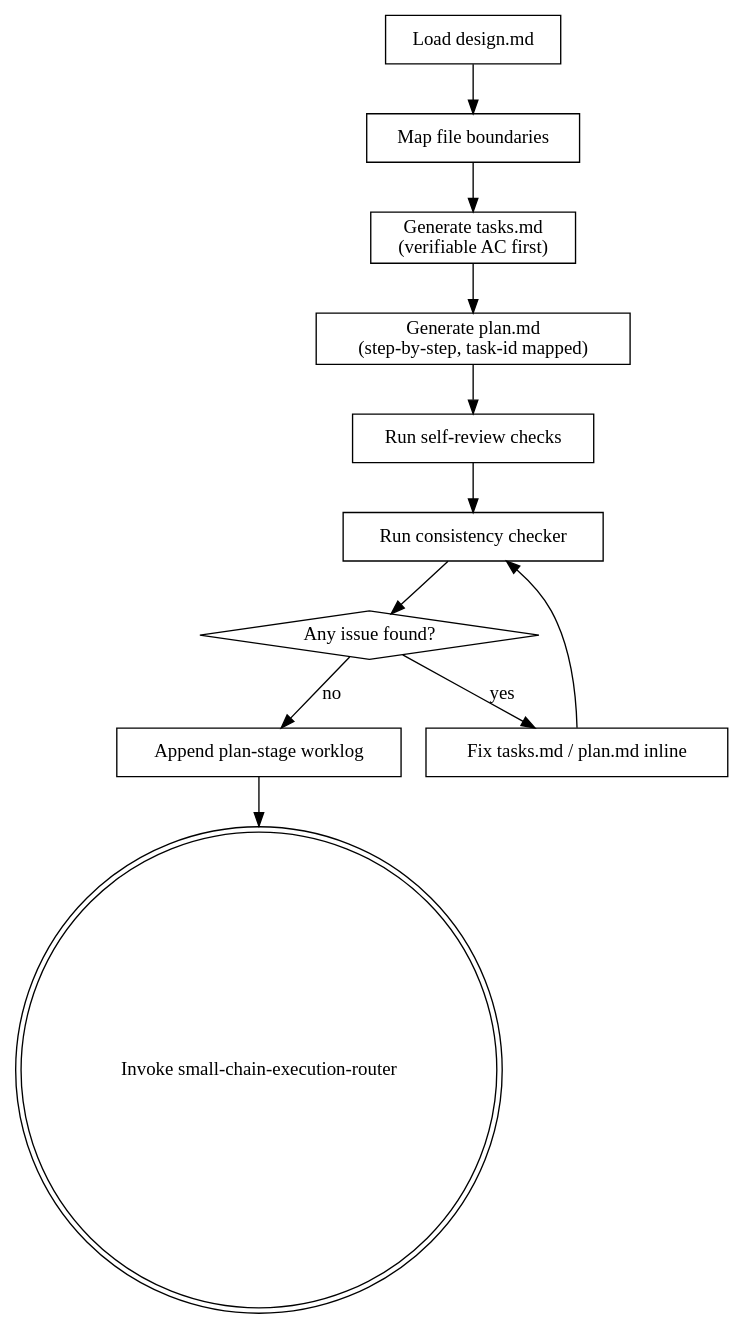
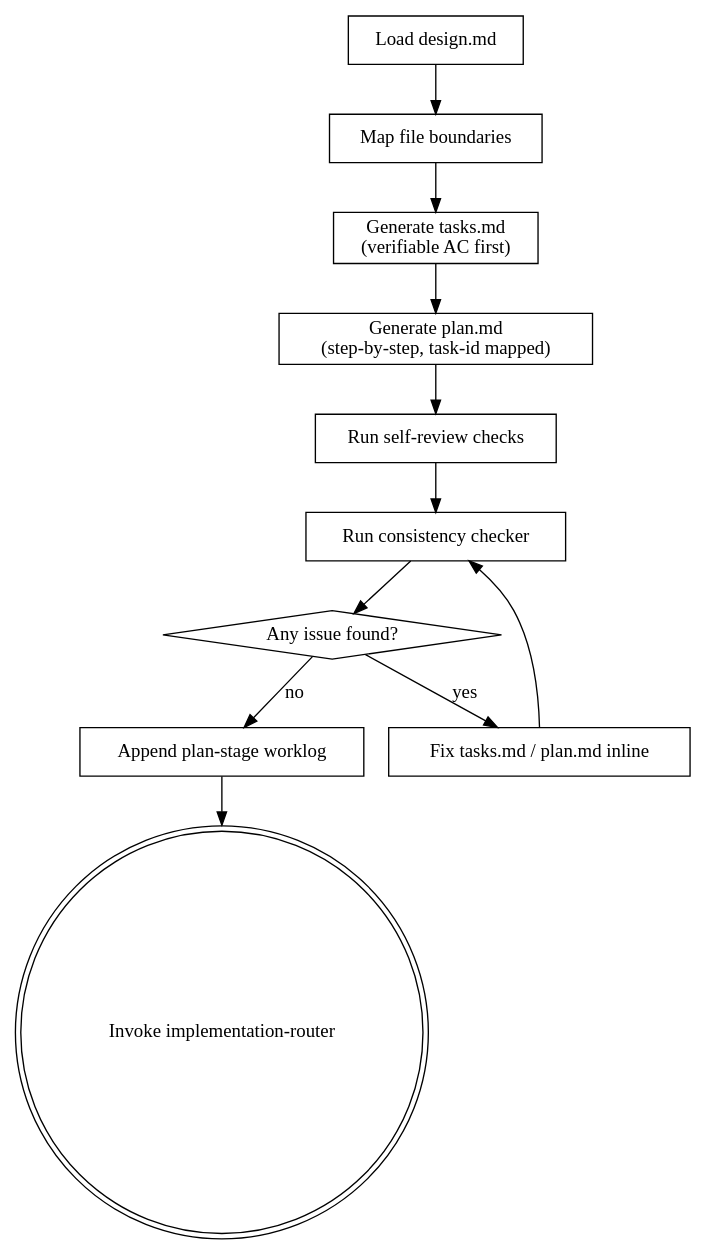
The diagram in community/superpowers/skills/writing-plans/SKILL.md (jieli-cqwl/org-claude-skills), drawn with Graphviz before and after one commit. The commit also changed other lines of this file and 39 other files, not shown here.

Commit message:
refactor: rename implementation router

````diff
--- a/community/superpowers/skills/writing-plans/SKILL.md
+++ b/community/superpowers/skills/writing-plans/SKILL.md
@@ -70,25 +70,25 @@
 ```dot
 digraph writing_plans {
     "Load design.md" [shape=box];
     "Map file boundaries" [shape=box];
     "Generate tasks.md\n(verifiable AC first)" [shape=box];
     "Generate plan.md\n(step-by-step, task-id mapped)" [shape=box];
     "Run self-review checks" [shape=box];
     "Run consistency checker" [shape=box];
     "Any issue found?" [shape=diamond];
     "Fix tasks.md / plan.md inline" [shape=box];
     "Append plan-stage worklog" [shape=box];
-    "Invoke small-chain-execution-router" [shape=doublecircle];
+    "Invoke implementation-router" [shape=doublecircle];
 
     "Load design.md" -> "Map file boundaries";
     "Map file boundaries" -> "Generate tasks.md\n(verifiable AC first)";
     "Generate tasks.md\n(verifiable AC first)" -> "Generate plan.md\n(step-by-step, task-id mapped)";
     "Generate plan.md\n(step-by-step, task-id mapped)" -> "Run self-review checks";
     "Run self-review checks" -> "Run consistency checker";
     "Run consistency checker" -> "Any issue found?";
     "Any issue found?" -> "Fix tasks.md / plan.md inline" [label="yes"];
     "Fix tasks.md / plan.md inline" -> "Run consistency checker";
     "Any issue found?" -> "Append plan-stage worklog" [label="no"];
-    "Append plan-stage worklog" -> "Invoke small-chain-execution-router";
+    "Append plan-stage worklog" -> "Invoke implementation-router";
 }
 ```
````
